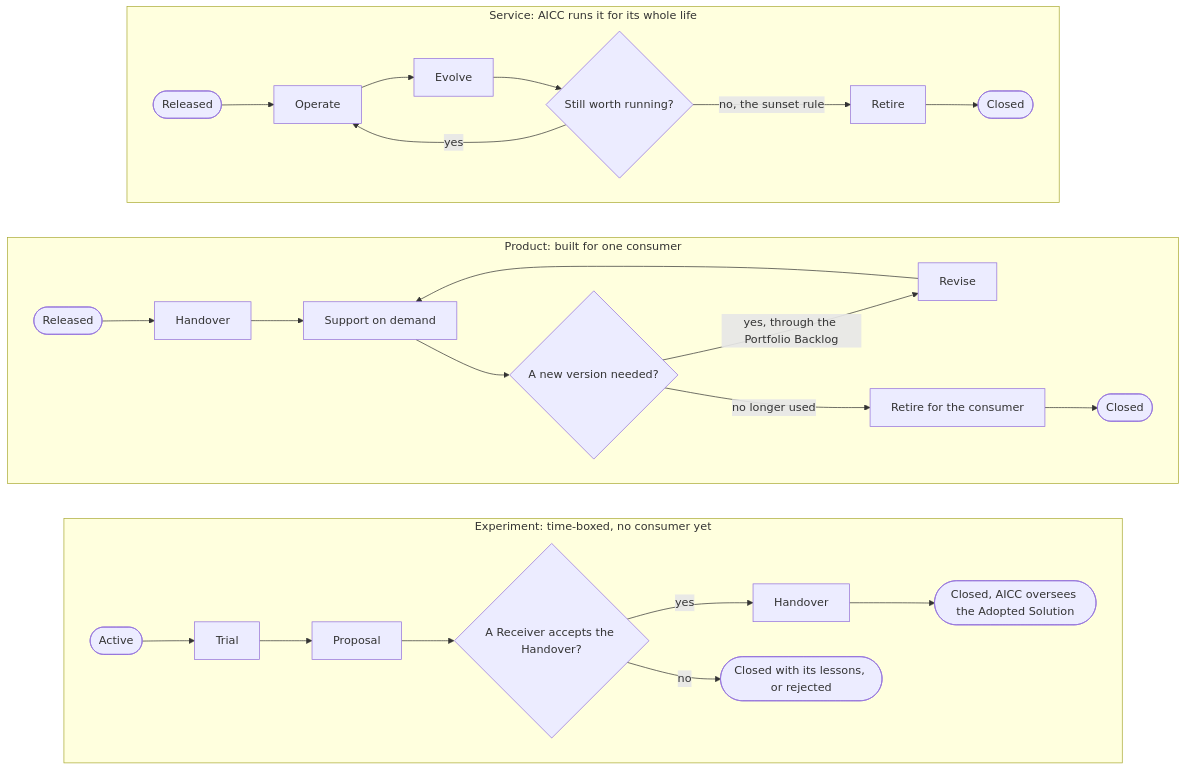
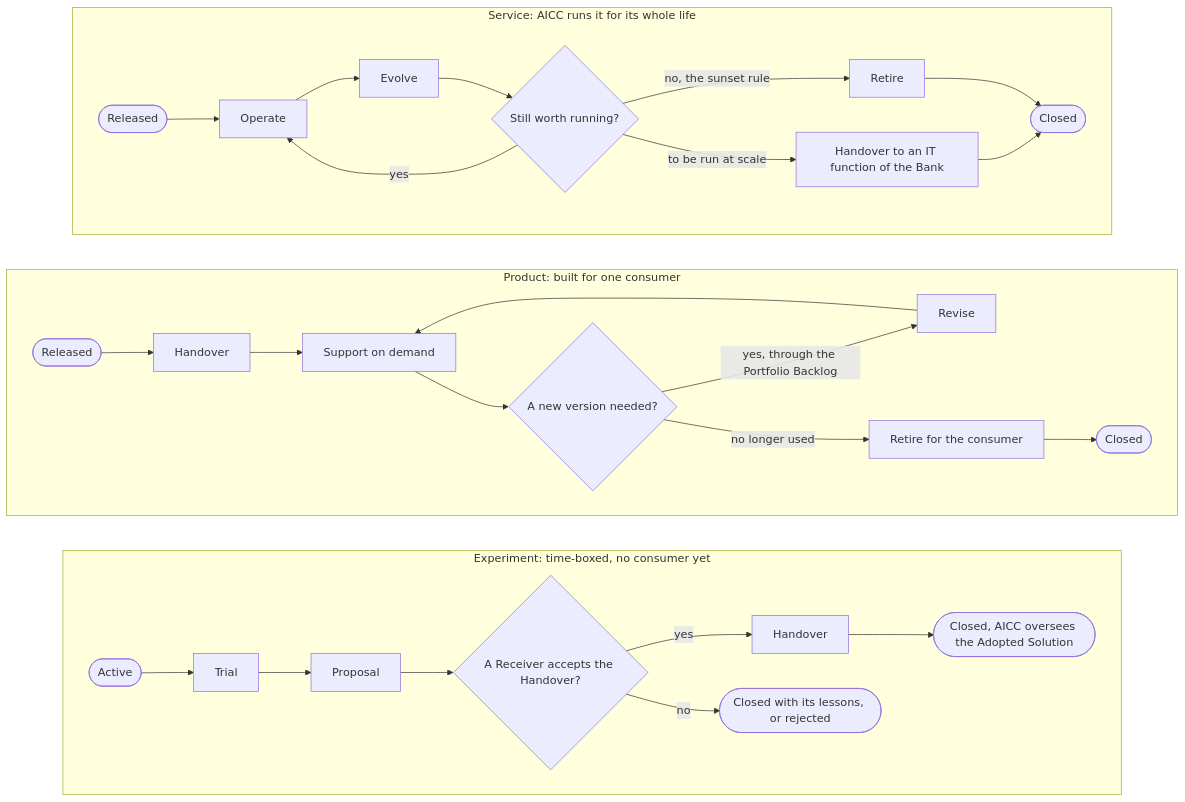
The ninth of 13 diagrams in charter/documents/solution-lifecycle-model.md (devhogu/ob-aicc), drawn with Mermaid before and after one commit. The commit also changed other lines of this file and 455 other files, not shown here.

First line of the commit message:
Charter and Registry at revision 2.0: the documents carry what the portal states by intent (DR-2026-062)

````diff
--- a/charter/documents/solution-lifecycle-model.md
+++ b/charter/documents/solution-lifecycle-model.md
@@ -366,23 +385,24 @@
 ```mermaid
 flowchart TB
   subgraph SERVICE["Service: AICC runs it for its whole life"]
     direction LR
     V0(["Released"]) --> V1["Operate"] --> V2["Evolve"] --> VC{"Still worth running?"}
     VC -->|yes| V1
     VC -->|no, the sunset rule| V3["Retire"] --> V4(["Closed"])
+    VC -->|to be run at scale| V5["Handover to an IT function of the Bank"] --> V4
   end
   subgraph PRODUCT["Product: built for one consumer"]
     direction LR
     P0(["Released"]) --> P1["Handover"] --> P2["Support on demand"] --> PC{"A new version needed?"}
     PC -->|yes, through the Portfolio Backlog| P3["Revise"] --> P2
     PC -->|no longer used| P4["Retire for the consumer"] --> P5(["Closed"])
   end
   subgraph EXPERIMENT["Experiment: time-boxed, no consumer yet"]
     direction LR
     E0(["Active"]) --> E1["Trial"] --> E2["Proposal"] --> EC{"A Receiver accepts the Handover?"}
     EC -->|yes| E3["Handover"] --> E4(["Closed, AICC oversees the Adopted Solution"])
     EC -->|no| E5(["Closed with its lessons, or rejected"])
   end
   SERVICE ~~~ PRODUCT
   PRODUCT ~~~ EXPERIMENT
 ```
````
